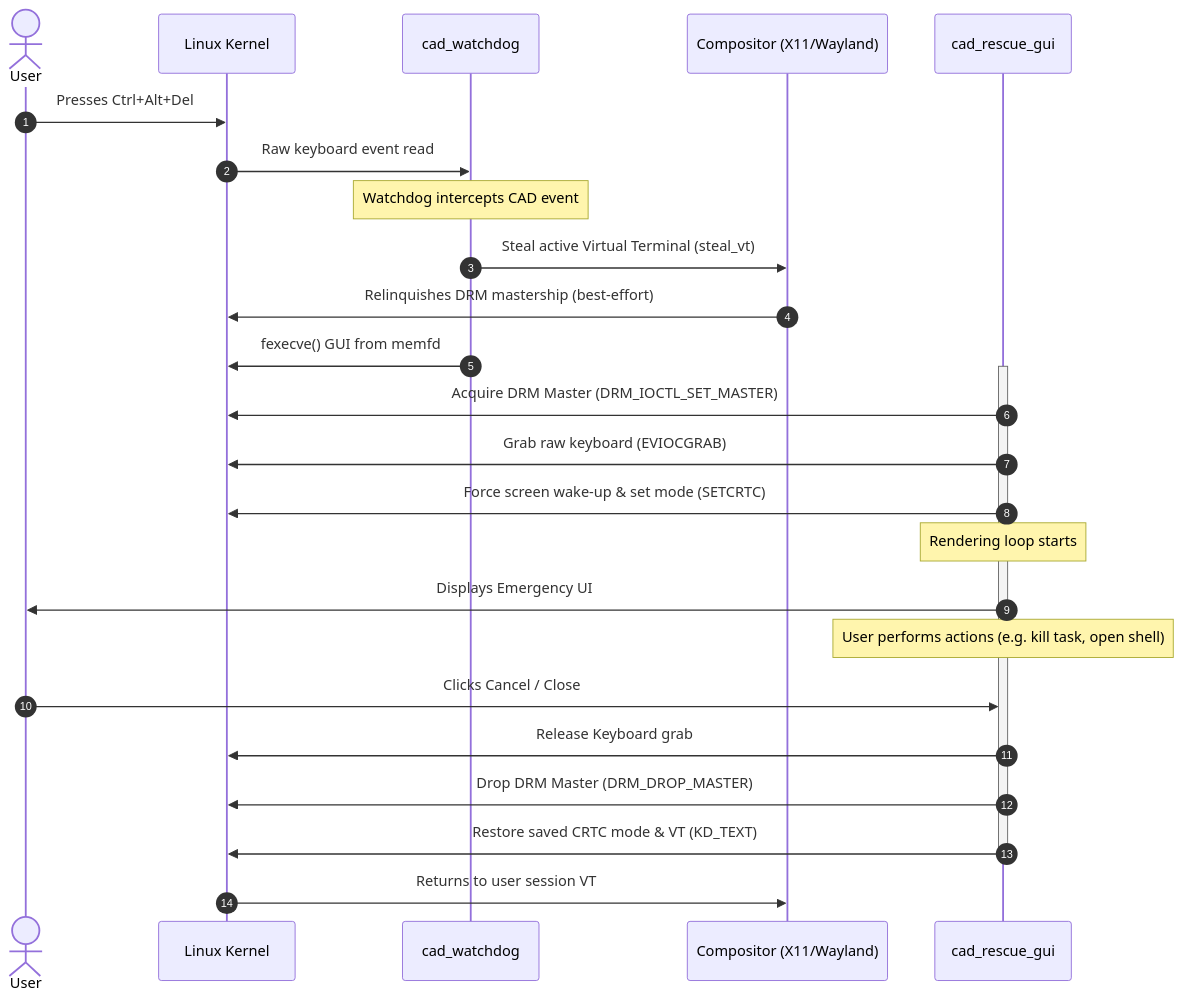
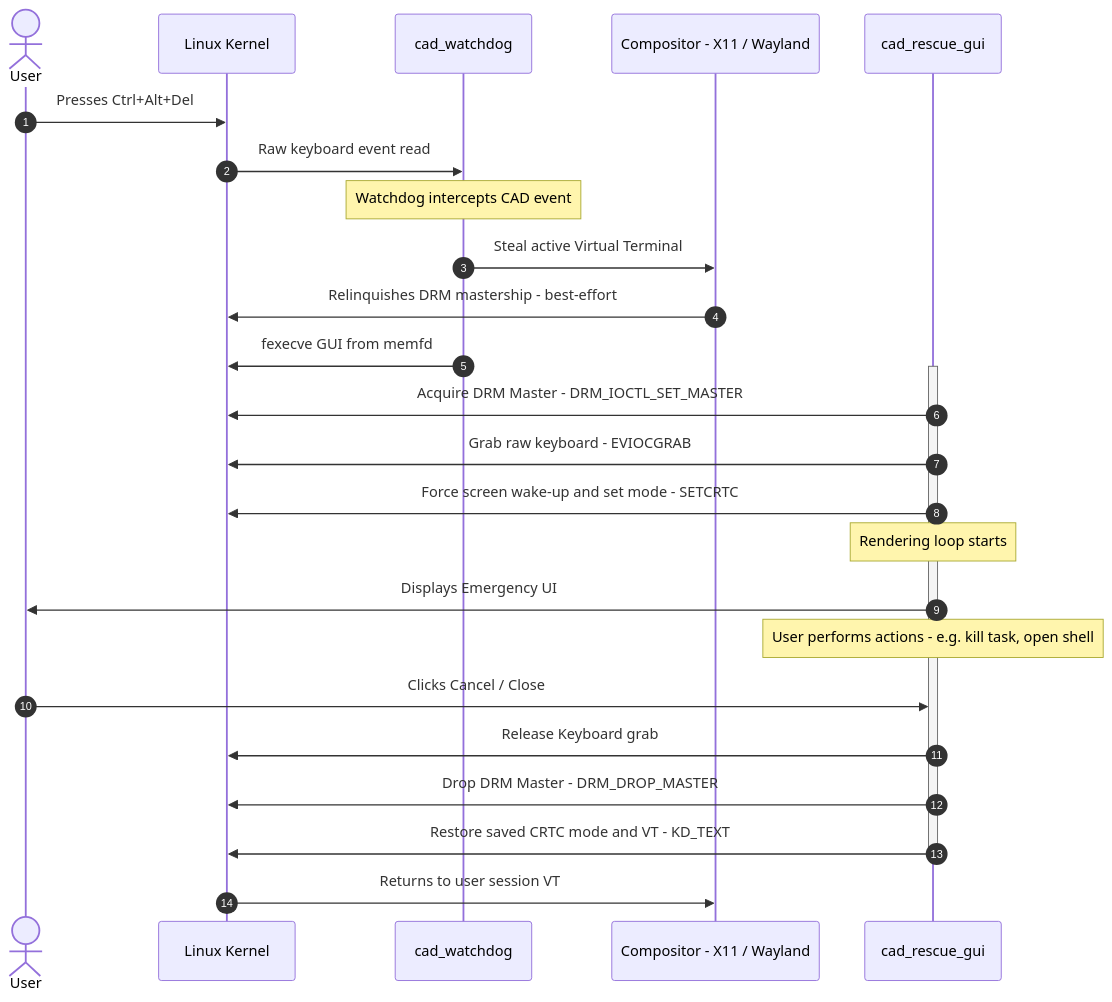
Before and after one commit to seb3773/lnxCAD: the second of 3 diagrams in README.md, drawn with Mermaid. The commit also changed other lines of this file, not shown here.

Commit message:
Fix diagrams

````diff
--- a/README.md
+++ b/README.md
@@ -125,29 +125,29 @@
 ```mermaid
 sequenceDiagram
     autonumber
     actor User as User
     participant Sys as Linux Kernel
     participant WD as cad_watchdog
-    participant Desktop as Compositor (X11/Wayland)
+    participant Desktop as Compositor - X11 / Wayland
     participant GUI as cad_rescue_gui
     
     User->>Sys: Presses Ctrl+Alt+Del
     Sys->>WD: Raw keyboard event read
     Note over WD: Watchdog intercepts CAD event
-    WD->>Desktop: Steal active Virtual Terminal (steal_vt)
-    Desktop->>Sys: Relinquishes DRM mastership (best-effort)
-    WD->>Sys: fexecve() GUI from memfd
+    WD->>Desktop: Steal active Virtual Terminal
+    Desktop->>Sys: Relinquishes DRM mastership - best-effort
+    WD->>Sys: fexecve GUI from memfd
     activate GUI
-    GUI->>Sys: Acquire DRM Master (DRM_IOCTL_SET_MASTER)
-    GUI->>Sys: Grab raw keyboard (EVIOCGRAB)
-    GUI->>Sys: Force screen wake-up & set mode (SETCRTC)
+    GUI->>Sys: Acquire DRM Master - DRM_IOCTL_SET_MASTER
+    GUI->>Sys: Grab raw keyboard - EVIOCGRAB
+    GUI->>Sys: Force screen wake-up and set mode - SETCRTC
     Note over GUI: Rendering loop starts
     GUI->>User: Displays Emergency UI
-    Note over GUI: User performs actions (e.g. kill task, open shell)
+    Note over GUI: User performs actions - e.g. kill task, open shell
     User->>GUI: Clicks Cancel / Close
     GUI->>Sys: Release Keyboard grab
-    GUI->>Sys: Drop DRM Master (DRM_DROP_MASTER)
-    GUI->>Sys: Restore saved CRTC mode & VT (KD_TEXT)
+    GUI->>Sys: Drop DRM Master - DRM_DROP_MASTER
+    GUI->>Sys: Restore saved CRTC mode and VT - KD_TEXT
     deactivate GUI
     Sys->>Desktop: Returns to user session VT
 ```
````
